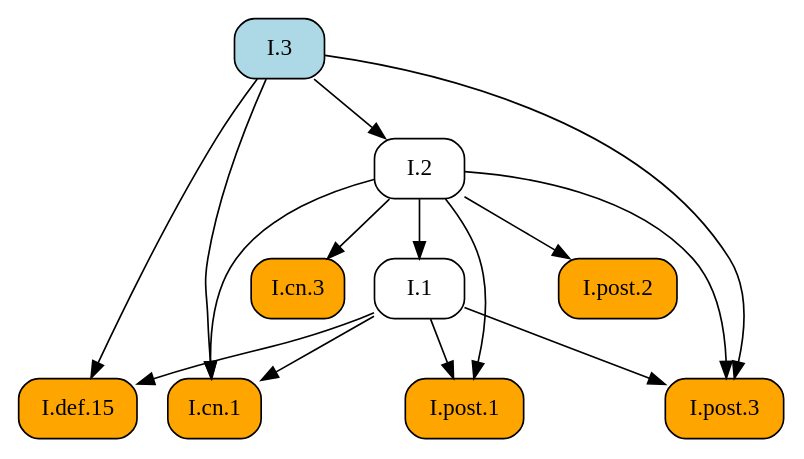
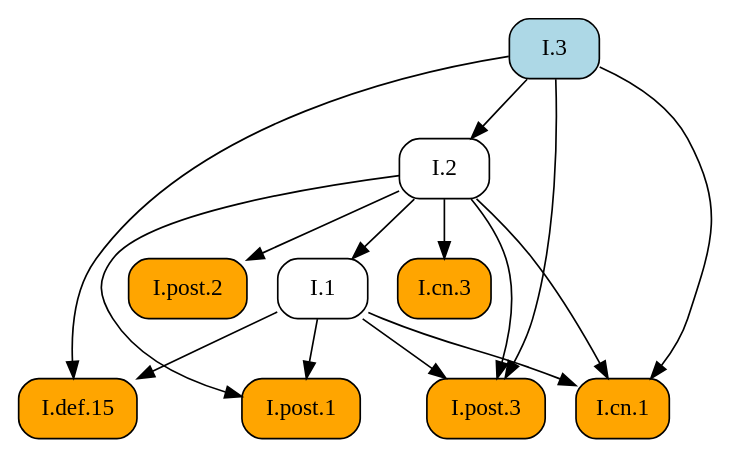
The diagram in docsrc/elements2/I/3/index.rst (geometor/elements), drawn with Graphviz before and after one commit. The commit also changed other lines of this file and 409 other files, not shown here.

First line of the commit message:
feat: Add image cropping and graphic extraction script

```diff
--- a/docsrc/elements2/I/3/index.rst
+++ b/docsrc/elements2/I/3/index.rst
@@ -38,29 +38,29 @@
 .. graphviz::
 
    digraph {
      rankdir="TB";
      node [shape=box, style=rounded];
+     "I.def.15" [style="rounded,filled", fillcolor=orange, URL="/elements2/I/def.15/", target="_top"];
      "I.2" [URL="/elements2/I/2/", target="_top"];
-     "I.1" [URL="/elements2/I/1/", target="_top"];
-     "I.cn.3" [style="rounded,filled", fillcolor=orange, URL="/elements2/I/cn.3/", target="_top"];
-     "I.def.15" [style="rounded,filled", fillcolor=orange, URL="/elements2/I/def.15/", target="_top"];
      "I.post.1" [style="rounded,filled", fillcolor=orange, URL="/elements2/I/post.1/", target="_top"];
      "I.post.2" [style="rounded,filled", fillcolor=orange, URL="/elements2/I/post.2/", target="_top"];
      "I.3" [style="rounded,filled", fillcolor=lightblue, URL="/elements2/I/3/", target="_top"];
+     "I.1" [URL="/elements2/I/1/", target="_top"];
+     "I.cn.3" [style="rounded,filled", fillcolor=orange, URL="/elements2/I/cn.3/", target="_top"];
      "I.cn.1" [style="rounded,filled", fillcolor=orange, URL="/elements2/I/cn.1/", target="_top"];
      "I.post.3" [style="rounded,filled", fillcolor=orange, URL="/elements2/I/post.3/", target="_top"];
-     "I.3" -> "I.2";
-     "I.2" -> "I.1";
-     "I.2" -> "I.cn.3";
      "I.1" -> "I.def.15";
      "I.3" -> "I.def.15";
+     "I.3" -> "I.2";
      "I.1" -> "I.post.1";
      "I.2" -> "I.post.1";
      "I.2" -> "I.post.2";
+     "I.2" -> "I.1";
+     "I.2" -> "I.cn.3";
      "I.1" -> "I.cn.1";
      "I.2" -> "I.cn.1";
      "I.3" -> "I.cn.1";
      "I.1" -> "I.post.3";
      "I.2" -> "I.post.3";
      "I.3" -> "I.post.3";
    }
```
